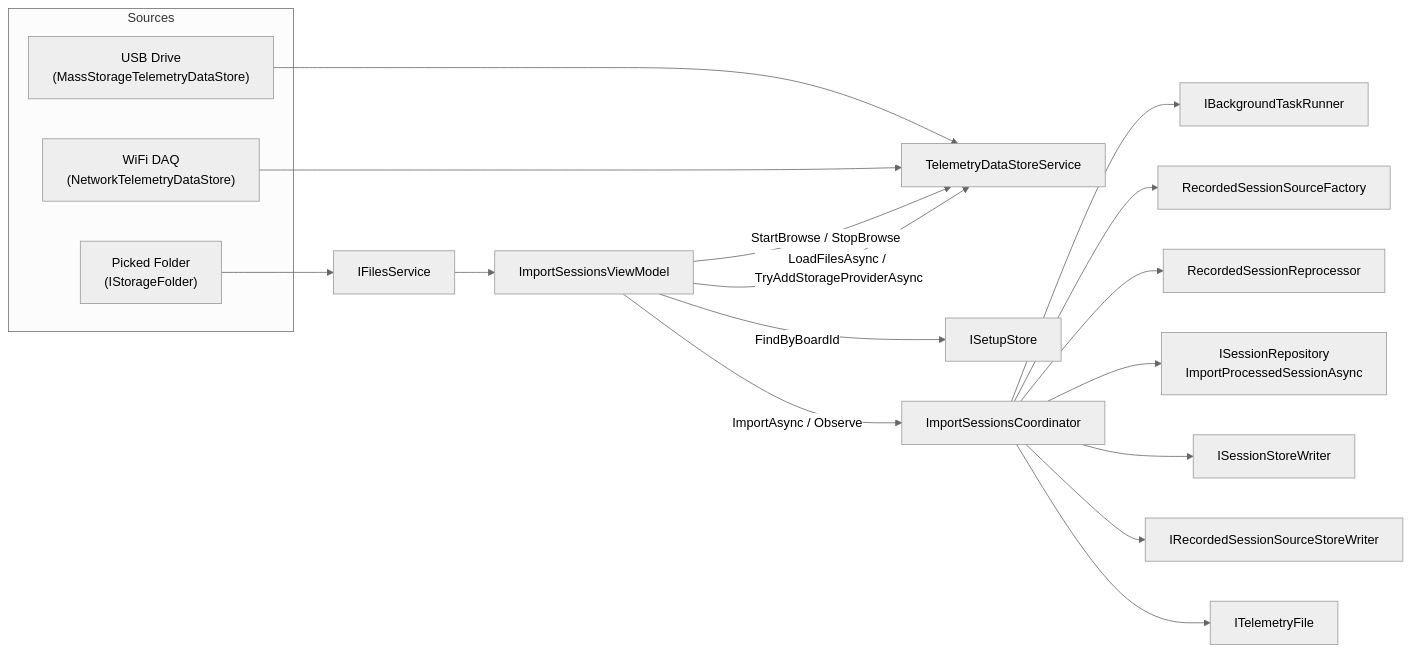
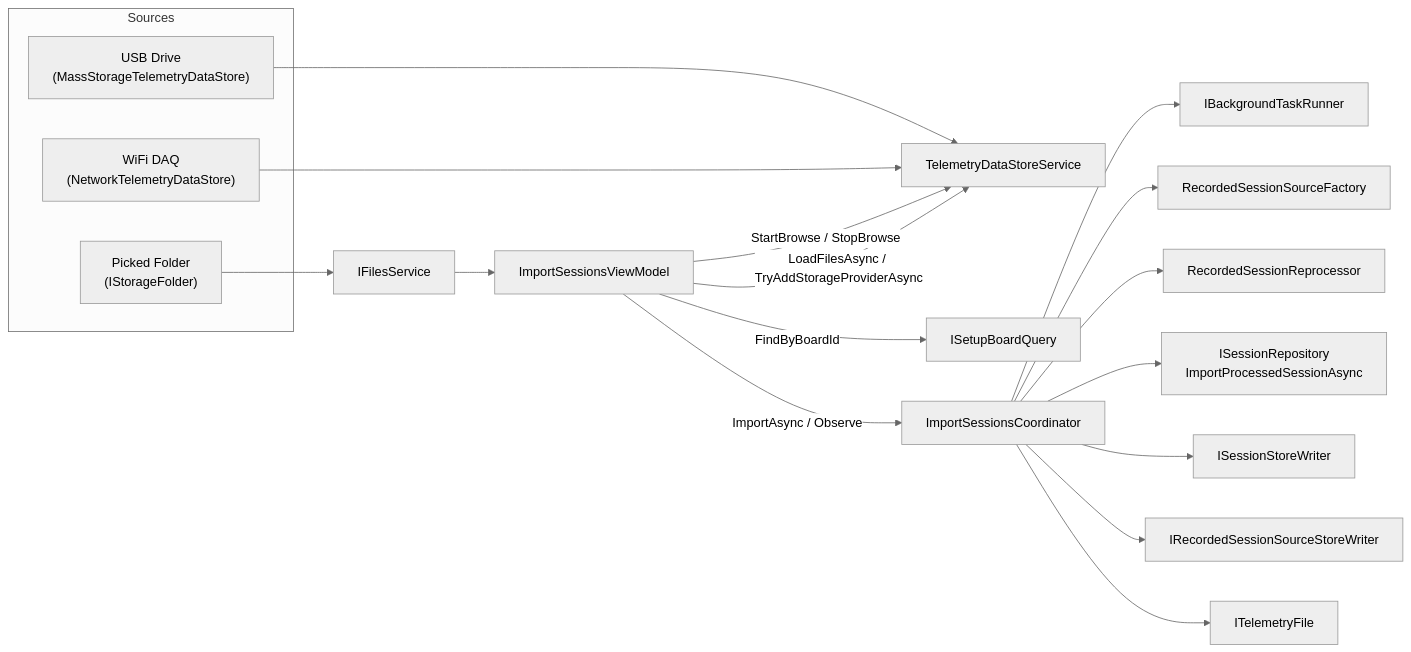
One commit to MoridinBG/Sufni.app changed the first of 2 diagrams in docs/architecture/acquisition.md. Above: the diagram before and after it, drawn with Mermaid (neutral theme). The commit also changed other lines of this file and 47 other files, not shown here.

Commit message:
Derive setup board associations from committed board facts

````diff
--- a/docs/architecture/acquisition.md
+++ b/docs/architecture/acquisition.md
@@ -9,24 +9,24 @@
 ```mermaid
 graph LR
     subgraph Sources
         USB["USB Drive<br/>(MassStorageTelemetryDataStore)"]
         WiFi["WiFi DAQ<br/>(NetworkTelemetryDataStore)"]
         Picker["Picked Folder<br/>(IStorageFolder)"]
     end
 
     Picker --> Files["IFilesService"]
     USB --> DSS["TelemetryDataStoreService"]
     WiFi --> DSS
     Files --> Import["ImportSessionsViewModel"]
     Import -->|"StartBrowse / StopBrowse"| DSS
     Import -->|"LoadFilesAsync / TryAddStorageProviderAsync"| DSS
-    Import -->|"FindByBoardId"| SetupStore["ISetupStore"]
+    Import -->|"FindByBoardId"| SetupQuery["ISetupBoardQuery"]
     Import -->|"ImportAsync / Observe"| Coord["ImportSessionsCoordinator"]
     Coord --> Runner["IBackgroundTaskRunner"]
     Coord --> SourceFactory["RecordedSessionSourceFactory"]
     Coord --> Reprocessor["RecordedSessionReprocessor"]
     Coord --> Repo["ISessionRepository<br/>ImportProcessedSessionAsync"]
     Coord --> SessionStore["ISessionStoreWriter"]
     Coord --> SourceStore["IRecordedSessionSourceStoreWriter"]
     Coord --> TelemetryFile["ITelemetryFile"]
 ```
````
